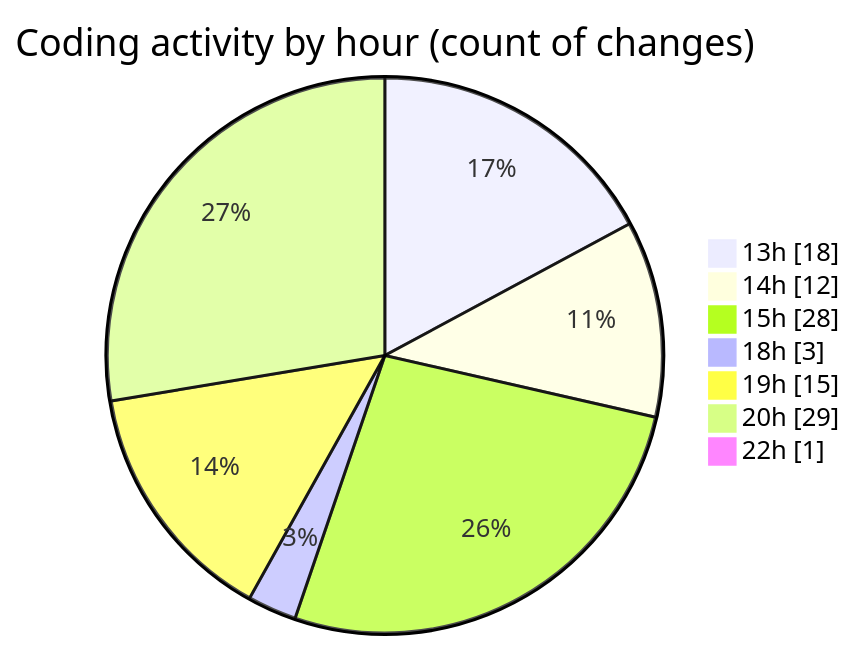
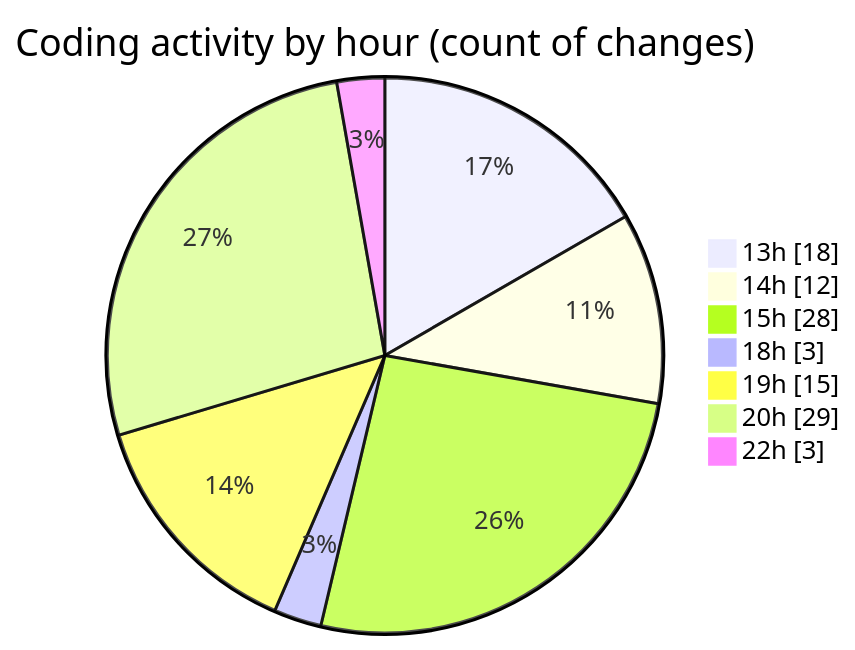
One commit to idhammustaqopulfikri/code-tracking changed the second of 2 diagrams in 2025-06-16/studio-backend/README.md. Above: the diagram before and after it, drawn with Mermaid. The commit also changed other lines of this file and 1 other file, not shown here.

````diff
--- a/2025-06-16/studio-backend/README.md
+++ b/2025-06-16/studio-backend/README.md
@@ -45,11 +45,11 @@
 ```mermaid
 pie showData
 title Coding activity by hour (count of changes)
 "13h" : 18
 "14h" : 12
 "15h" : 28
 "18h" : 3
 "19h" : 15
 "20h" : 29
-"22h" : 1
+"22h" : 3
 ```
````
